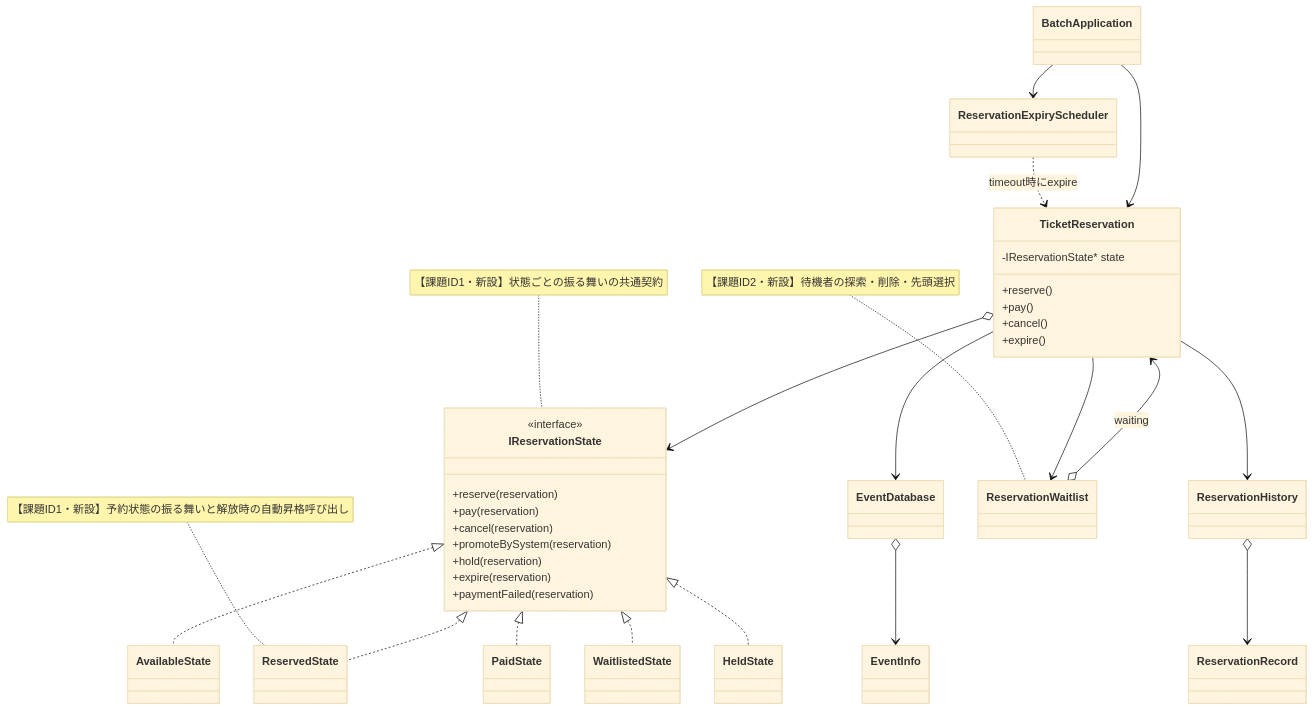
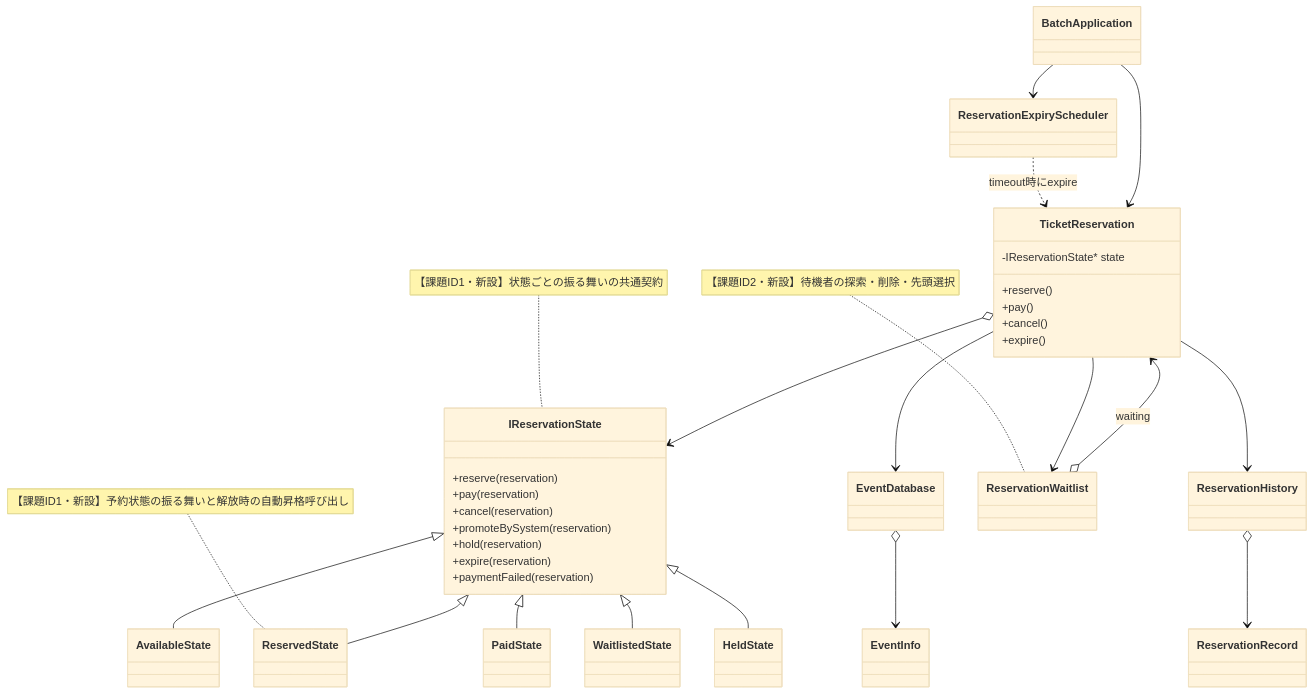
One commit to kumachan1101-pixel/DesignPattern changed diagram 15 of 22 in kindle/design-patterns/output/chapter03.md. Above: the diagram before and after it, drawn with Mermaid (base theme). The commit also changed other lines of this file and 30 other files, not shown here.

````diff
--- a/kindle/design-patterns/output/chapter03.md
+++ b/kindle/design-patterns/output/chapter03.md
@@ -2011,54 +2021,53 @@
 ```mermaid
 classDiagram
     class TicketReservation {
         -IReservationState* state
         +reserve()
         +pay()
         +cancel()
         +expire()
     }
     class IReservationState {
-        <<interface>>
         +reserve(reservation)
         +pay(reservation)
         +cancel(reservation)
         +promoteBySystem(reservation)
         +hold(reservation)
         +expire(reservation)
         +paymentFailed(reservation)
     }
     class EventInfo
     class ReservationRecord
     class EventDatabase
     class ReservationHistory
     class ReservationWaitlist
     class AvailableState
     class ReservedState
     class PaidState
     class WaitlistedState
     class HeldState
     class ReservationExpiryScheduler
     class BatchApplication
     TicketReservation o--> IReservationState
     TicketReservation --> EventDatabase
     TicketReservation --> ReservationHistory
     TicketReservation --> ReservationWaitlist
     ReservationWaitlist o--> TicketReservation : waiting
     EventDatabase o--> EventInfo
     ReservationHistory o--> ReservationRecord
-    IReservationState <|.. AvailableState
-    IReservationState <|.. ReservedState
-    IReservationState <|.. PaidState
-    IReservationState <|.. WaitlistedState
-    IReservationState <|.. HeldState
+    IReservationState <|-- AvailableState
+    IReservationState <|-- ReservedState
+    IReservationState <|-- PaidState
+    IReservationState <|-- WaitlistedState
+    IReservationState <|-- HeldState
     ReservationExpiryScheduler ..> TicketReservation : timeout時にexpire
     BatchApplication --> TicketReservation
     BatchApplication --> ReservationExpiryScheduler
 
     note for IReservationState "【課題ID1・新設】状態ごとの振る舞いの共通契約"
     note for ReservedState "【課題ID1・新設】予約状態の振る舞いと解放時の自動昇格呼び出し"
     note for ReservationWaitlist "【課題ID2・新設】待機者の探索・削除・先頭選択"
 
     classDef focus fill:#FFF2CC,stroke:#D6B656,stroke-width:2px,color:#222222
     cssClass "IReservationState,AvailableState,ReservedState,PaidState,WaitlistedState,HeldState,ReservationWaitlist,ReservationExpiryScheduler" focus
 ```
````
